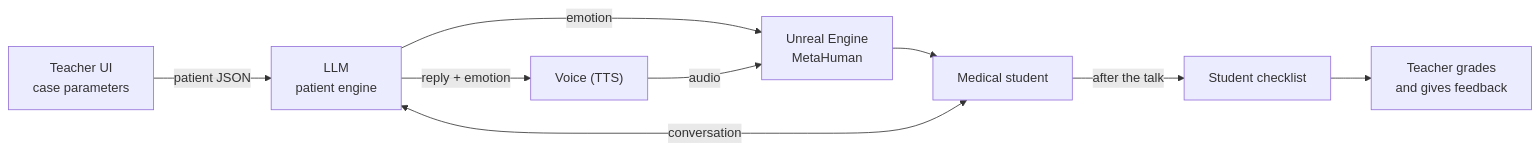
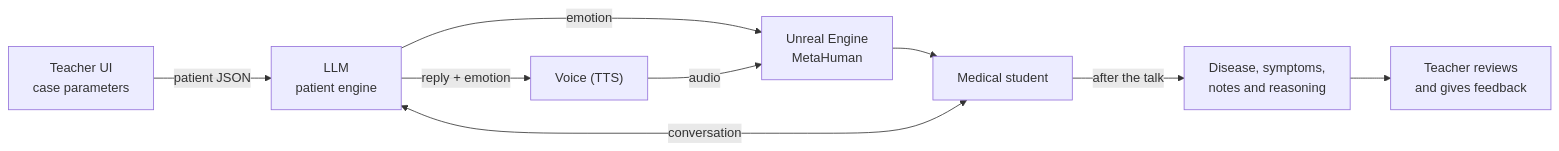
Before and after one commit to superc0mputer/avelios-hackaTUM-2026: the diagram in README.md, drawn with Mermaid. The commit also changed other lines of this file and 10 other files, not shown here.

Commit message:
teacher/student ui split

````diff
--- a/README.md
+++ b/README.md
@@ -9,11 +9,11 @@
 ```mermaid
 flowchart LR
     T["Teacher UI<br/>case parameters"] -->|patient JSON| L["LLM<br/>patient engine"]
     S["Medical student"] <-->|conversation| L
     L -->|"reply + emotion"| V["Voice (TTS)"]
     L -->|emotion| U["Unreal Engine<br/>MetaHuman"]
     V -->|audio| U
     U --> S
-    S -->|after the talk| C["Student checklist"]
-    C --> G["Teacher grades<br/>and gives feedback"]
+    S -->|after the talk| C["Disease, symptoms,<br/>notes and reasoning"]
+    C --> G["Teacher reviews<br/>and gives feedback"]
 ```
````
